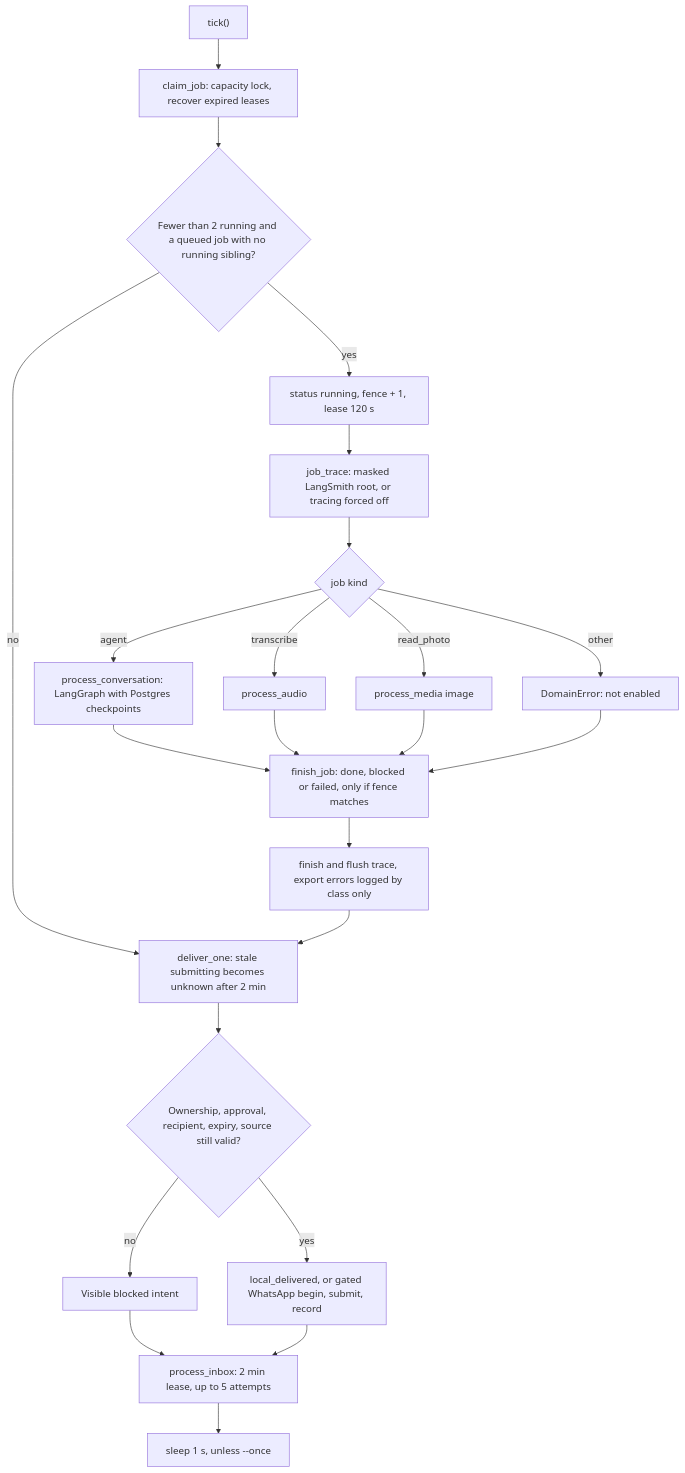
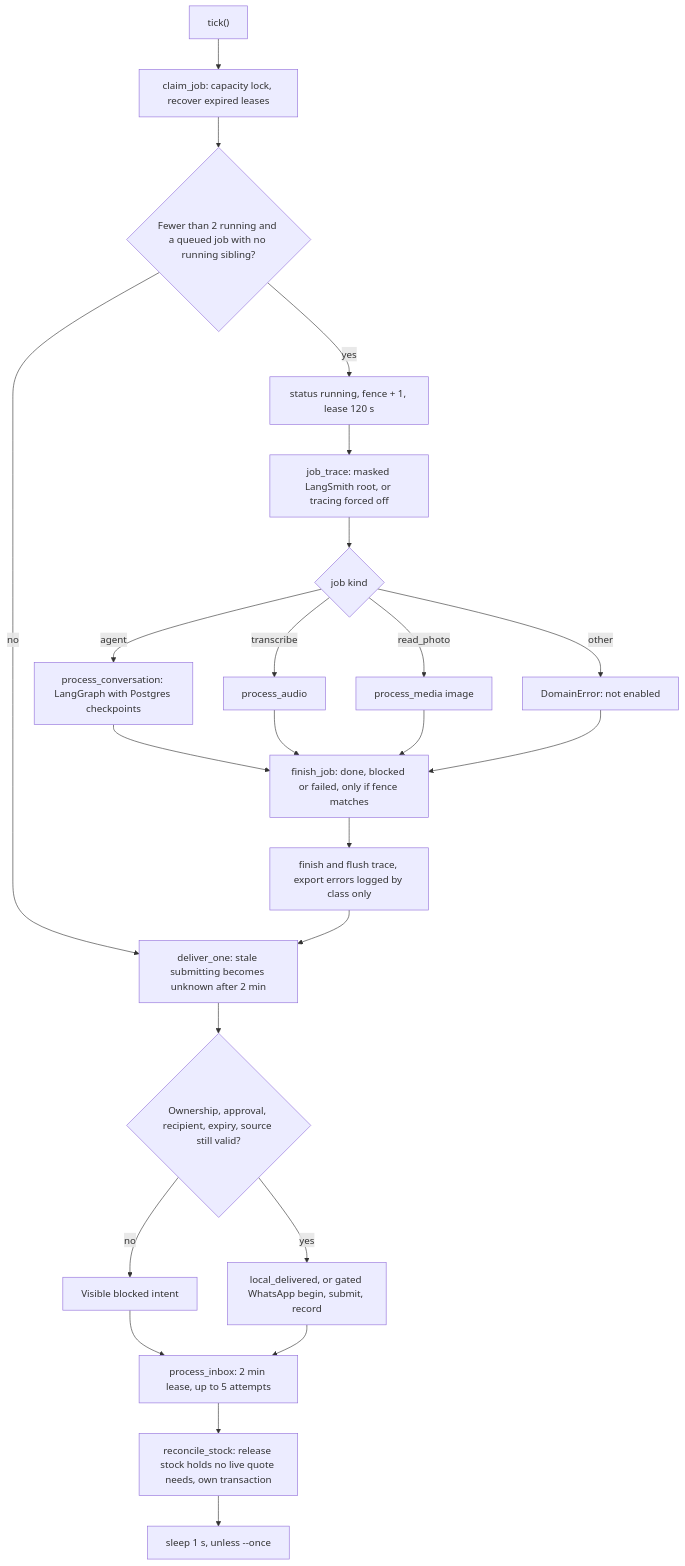
One commit to Nagdy8888/lumaquote changed the diagram in docs/diagrams/worker-tick.mmd. Above: the diagram before and after it, drawn with Mermaid. The commit also changed 30 other files, not shown here.

Commit message:
feat(inventory): reserve stock on approval and release on every exit (T2, D49)

```diff
--- a/docs/diagrams/worker-tick.mmd
+++ b/docs/diagrams/worker-tick.mmd
@@ -1,25 +1,26 @@
 flowchart TB
   accTitle: One worker tick from claim to inbound processing
-  accDescr: Each tick first recovers expired leases and claims at most one queued job, respecting a global limit of two running jobs and one running job per conversation. The job runs inside a masked trace and its outcome is committed only while the fence still matches. The tick then resolves one outbox intent and one inbound WhatsApp event, and the loop sleeps one second.
+  accDescr: Each tick first recovers expired leases and claims at most one queued job, respecting a global limit of two running jobs and one running job per conversation. The job runs inside a masked trace and its outcome is committed only while the fence still matches. The tick then resolves one outbox intent and one inbound WhatsApp event, releases stock reservations that no longer protect a live quotation, and the loop sleeps one second.
   Start["tick()"] --> Claim["claim_job: capacity lock, recover expired leases"]
   Claim --> Cap{"Fewer than 2 running and a queued job with no running sibling?"}
   Cap -->|no| Deliver
   Cap -->|yes| Lease["status running, fence + 1, lease 120 s"]
   Lease --> Trace["job_trace: masked LangSmith root, or tracing forced off"]
   Trace --> Kind{"job kind"}
   Kind -->|agent| Graph["process_conversation: LangGraph with Postgres checkpoints"]
   Kind -->|transcribe| Audio["process_audio"]
   Kind -->|read_photo| Photo["process_media image"]
   Kind -->|other| Blocked["DomainError: not enabled"]
   Graph --> Fin["finish_job: done, blocked or failed, only if fence matches"]
   Audio --> Fin
   Photo --> Fin
   Blocked --> Fin
   Fin --> Flush["finish and flush trace, export errors logged by class only"]
   Flush --> Deliver["deliver_one: stale submitting becomes unknown after 2 min"]
   Deliver --> Reauth{"Ownership, approval, recipient, expiry, source still valid?"}
   Reauth -->|no| VisBlock["Visible blocked intent"]
   Reauth -->|yes| Effect["local_delivered, or gated WhatsApp begin, submit, record"]
   VisBlock --> Inbox
   Effect --> Inbox["process_inbox: 2 min lease, up to 5 attempts"]
-  Inbox --> Sleep["sleep 1 s, unless --once"]
+  Inbox --> Reconcile["reconcile_stock: release stock holds no live quote needs, own transaction"]
+  Reconcile --> Sleep["sleep 1 s, unless --once"]
```
